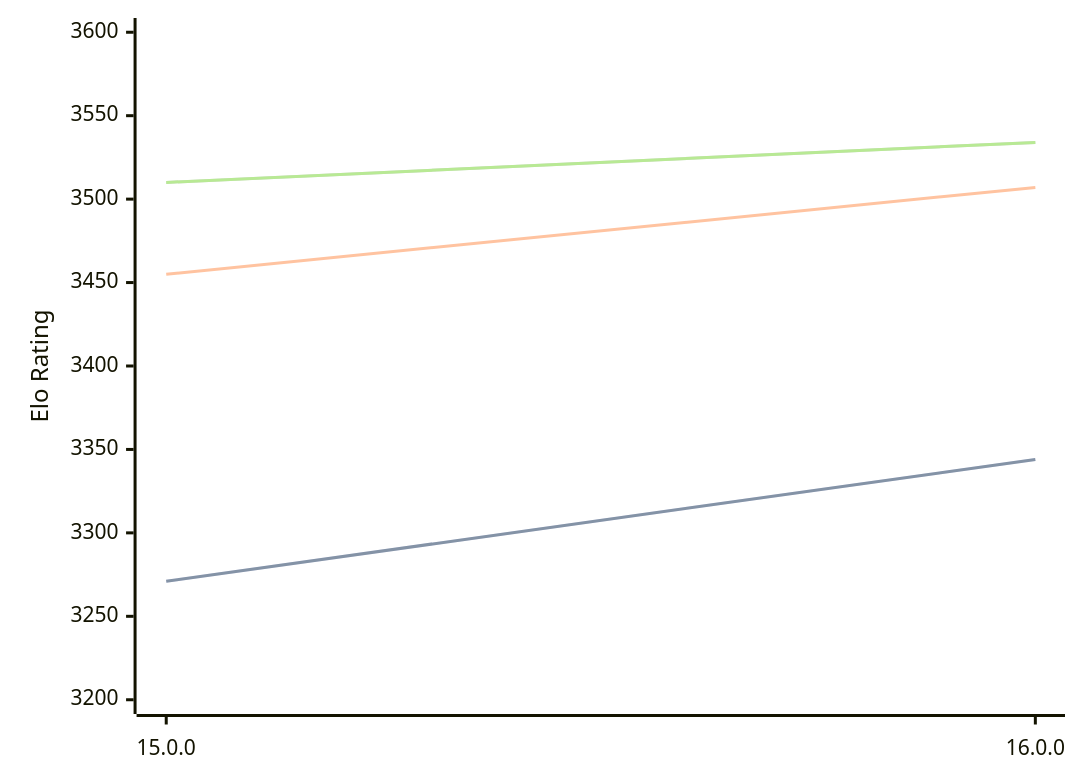
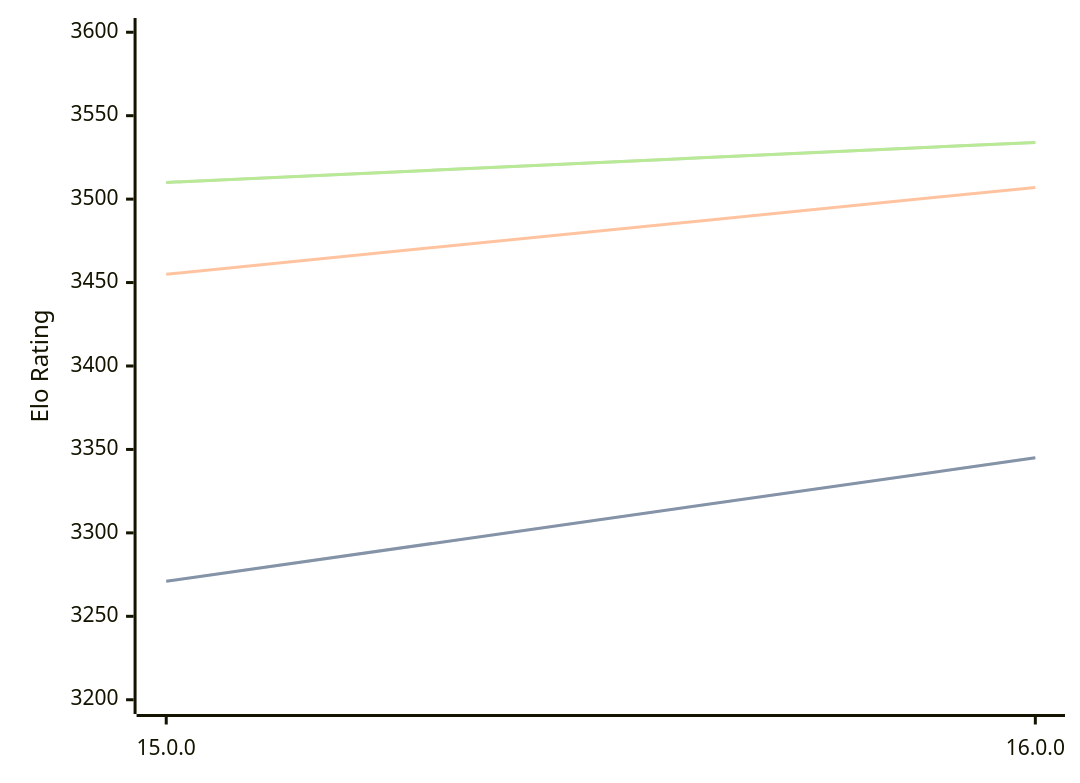
Before and after one commit to computer-chess-index/cci: the third of 3 diagrams in engines/Halogen.md, drawn with Mermaid. The commit also changed other lines of this file, not shown here.

````diff
--- a/engines/Halogen.md
+++ b/engines/Halogen.md
@@ -83,11 +83,11 @@
 ```mermaid
 %%{init: {"theme":"base","themeVariables":{"seriesColors:['#a3a3a3','#222221','#faa371']}}}%%
 xychart-beta
   x-axis ["15.0.0", "16.0.0"]
   y-axis "Elo Rating" 3200 --> 3600
-  line "STC (8.0+0.08s)" [3271, 3344]
-  line "STC (8.0+0.08s)" [3271, 3344]
+  line "STC (8.0+0.08s)" [3271, 3345]
+  line "STC (8.0+0.08s)" [3271, 3345]
   line "LTC (60.0+0.60s)" [3455, 3507]
   line "VLTC (2m24s+1.12s)" [3510, 3534]
   line "VLTC (2m24s+1.12s)" [3510, 3534]
 ```
````
